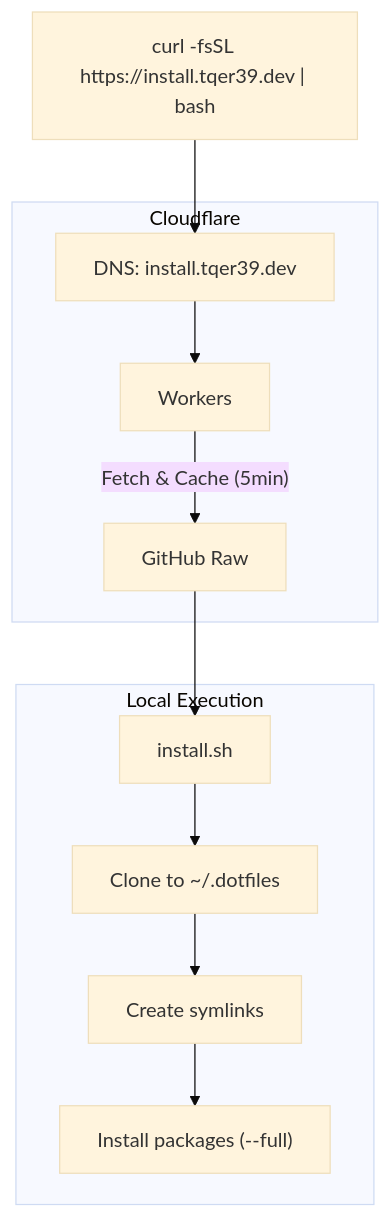
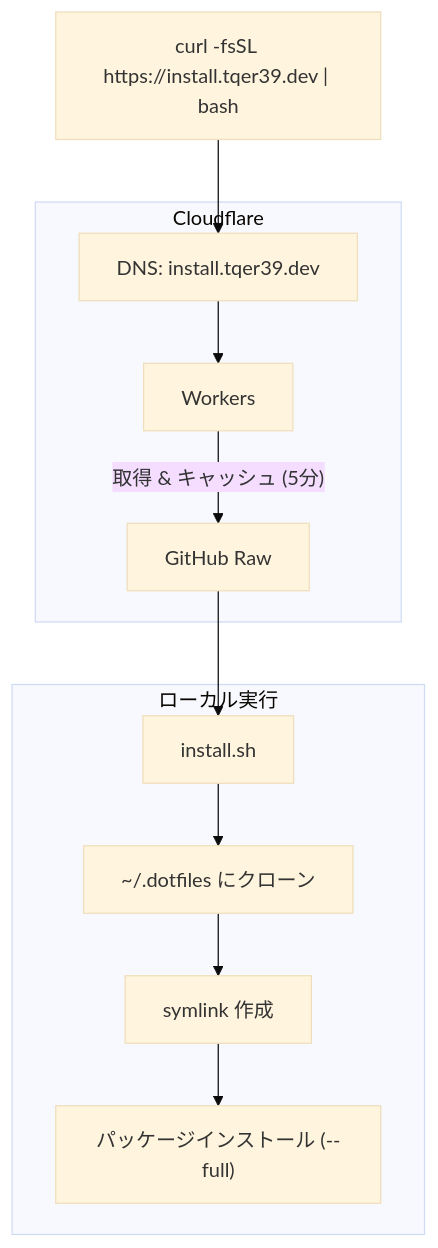
Before and after one commit to tqer39/dotfiles: the diagram in docs/architecture.md, drawn with Mermaid (base theme). The commit also changed other lines of this file and 44 other files, not shown here.

````diff
--- a/docs/architecture.md
+++ b/docs/architecture.md
@@ -7,18 +5,18 @@
 ```mermaid
 flowchart TD
     A["curl -fsSL https://install.tqer39.dev | bash"] --> B
 
     subgraph Cloudflare
         B["DNS: install.tqer39.dev"]
         B --> C["Workers"]
-        C -->|"Fetch & Cache (5min)"| D["GitHub Raw"]
+        C -->|"取得 & キャッシュ (5分)"| D["GitHub Raw"]
     end
 
     D --> E
 
-    subgraph Local["Local Execution"]
-        E["install.sh"] --> F["Clone to ~/.dotfiles"]
-        F --> G["Create symlinks"]
-        G --> H["Install packages (--full)"]
+    subgraph Local["ローカル実行"]
+        E["install.sh"] --> F["~/.dotfiles にクローン"]
+        F --> G["symlink 作成"]
+        G --> H["パッケージインストール (--full)"]
     end
 ```
````
